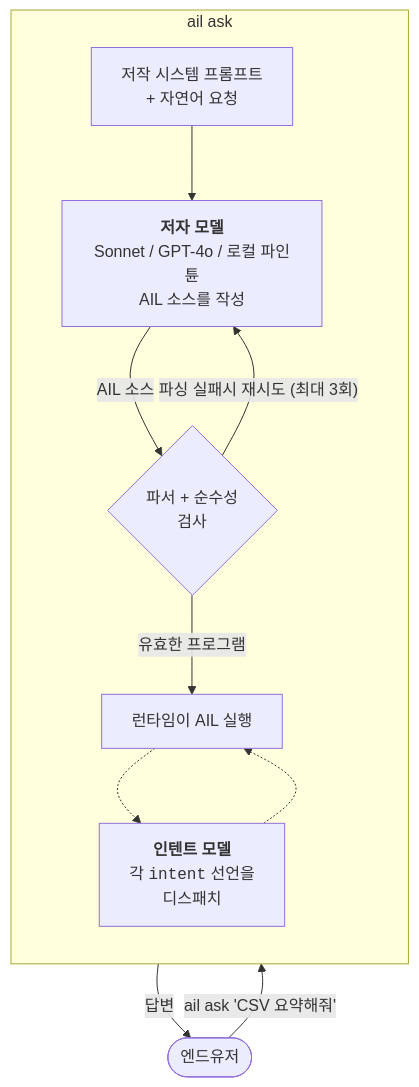
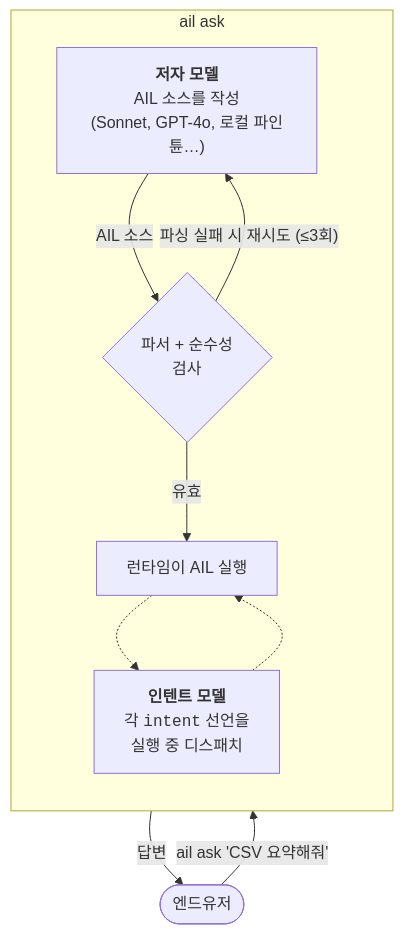
Before and after one commit to hyun06000/AIL: the diagram in docs/ko/README.ko.md, drawn with Mermaid. The commit also changed other lines of this file and 2 other files, not shown here.

````diff
--- a/docs/ko/README.ko.md
+++ b/docs/ko/README.ko.md
@@ -37,23 +42,21 @@
 ```mermaid
 flowchart TD
     User([엔드유저])
     User -- "ail ask 'CSV 요약해줘'" --> Ask[ail runtime]
 
     subgraph Ask[" ail ask "]
         direction TB
-        Prompt[저작 시스템 프롬프트<br/>+ 자연어 요청]
-        AM["<b>저자 모델</b><br/>Sonnet / GPT-4o / 로컬 파인튠<br/>AIL 소스를 작성"]
+        AM["<b>저자 모델</b><br/>AIL 소스를 작성<br/>(Sonnet, GPT-4o, 로컬 파인튠…)"]
         Parse{파서 + 순수성<br/>검사}
         Exec[런타임이 AIL 실행]
-        IM["<b>인텐트 모델</b><br/>각 <code>intent</code> 선언을<br/>디스패치"]
+        IM["<b>인텐트 모델</b><br/>각 <code>intent</code> 선언을<br/>실행 중 디스패치"]
 
-        Prompt --> AM
         AM -- "AIL 소스" --> Parse
-        Parse -- "파싱 실패시 재시도 (최대 3회)" --> AM
-        Parse -- "유효한 프로그램" --> Exec
+        Parse -- "파싱 실패 시 재시도 (≤3회)" --> AM
+        Parse -- "유효" --> Exec
         Exec -.-> IM
         IM -.-> Exec
     end
 
     Ask -- "답변" --> User
 ```
````
